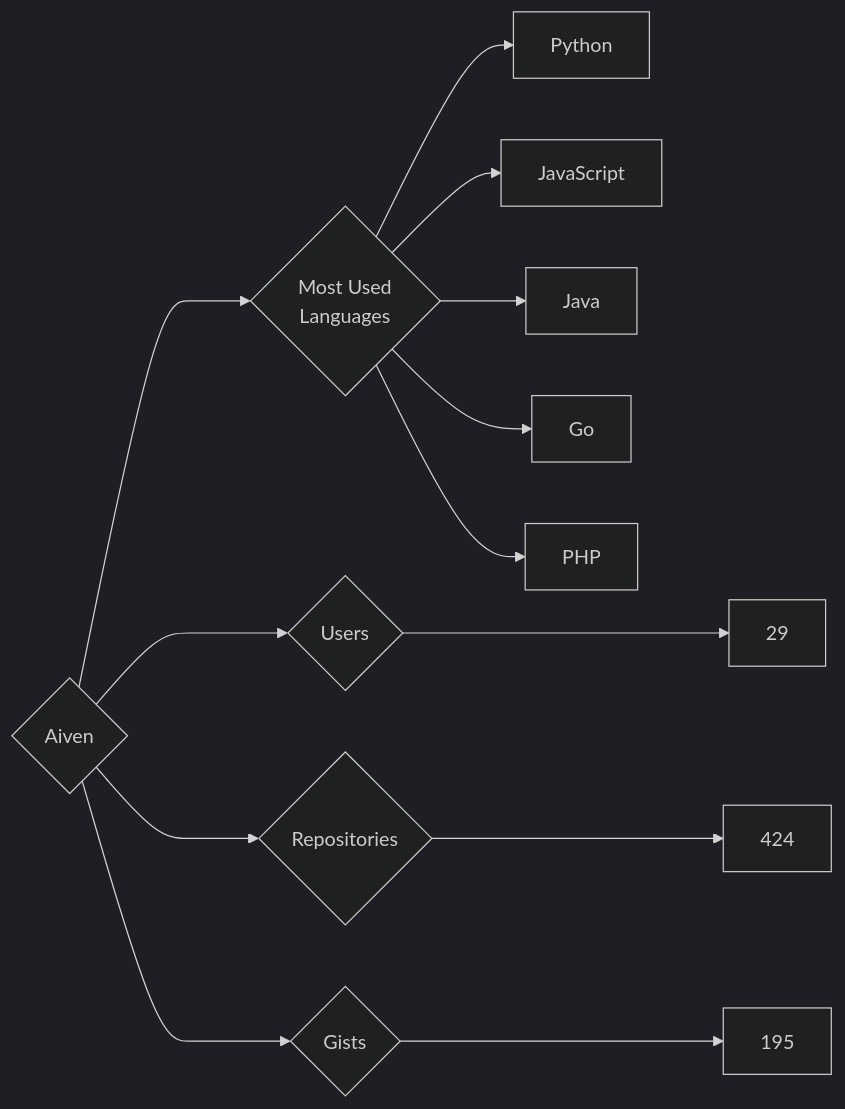
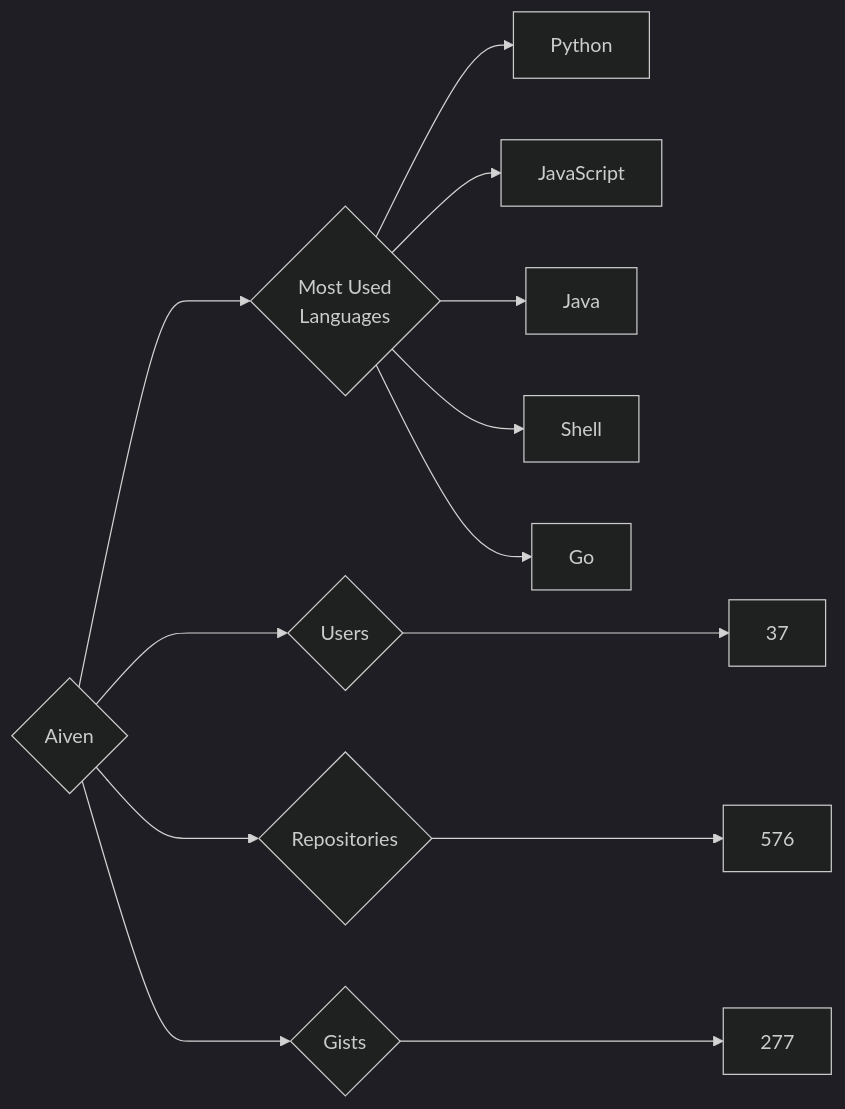
The diagram in targets/Aiven/README.md (trickest/insiders), drawn with Mermaid (dark theme) before and after one commit. The commit also changed 924 other files, not shown here.

````diff
--- a/targets/Aiven/README.md
+++ b/targets/Aiven/README.md
@@ -3,13 +3,13 @@
 ```mermaid
 graph LR
 COMPANY_NAME{Aiven}
-COMPANY_NAME ---> U{Users} ---> UN[29]
-COMPANY_NAME ---> R{Repositories} ---> RN[424]
-COMPANY_NAME ---> G{Gists} ---> GN[195]
+COMPANY_NAME ---> U{Users} ---> UN[37]
+COMPANY_NAME ---> R{Repositories} ---> RN[576]
+COMPANY_NAME ---> G{Gists} ---> GN[277]
 COMPANY_NAME ---> ML{Most Used<br>Languages}
 ML --> Python[Python]
 ML --> JavaScript[JavaScript]
 ML --> Java[Java]
+ML --> Shell[Shell]
 ML --> Go[Go]
-ML --> PHP[PHP]
 ```
````
